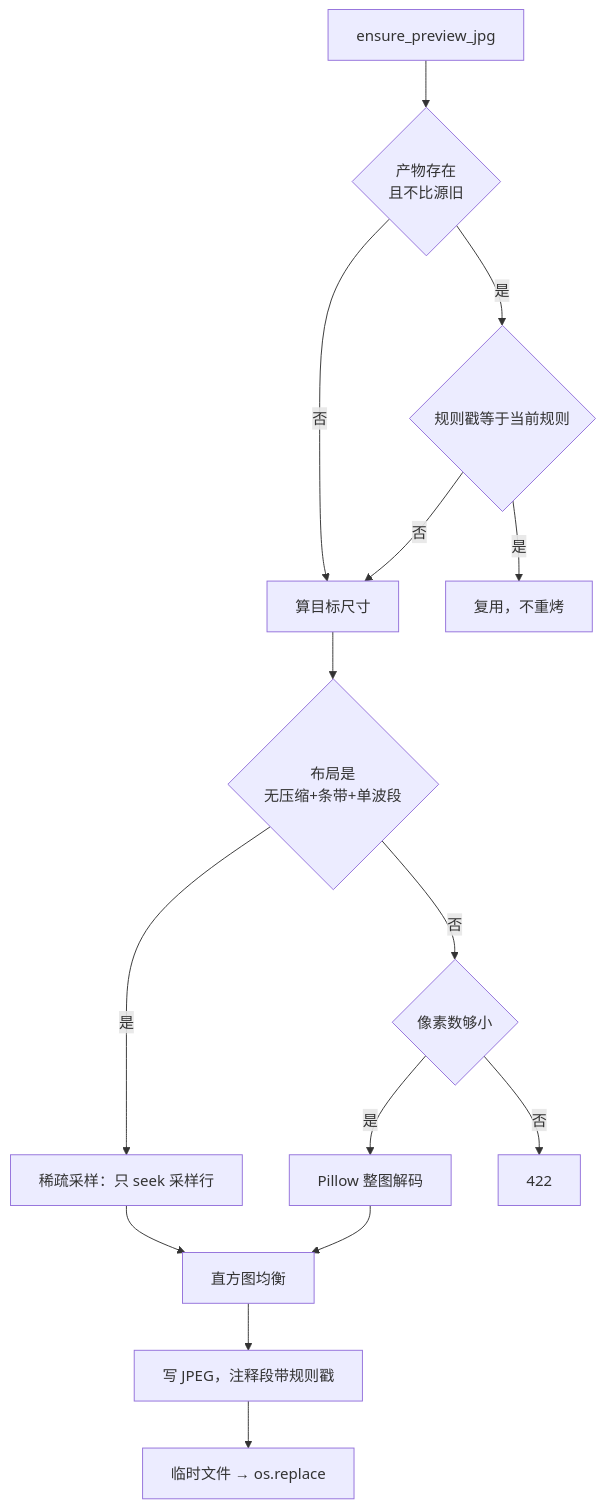
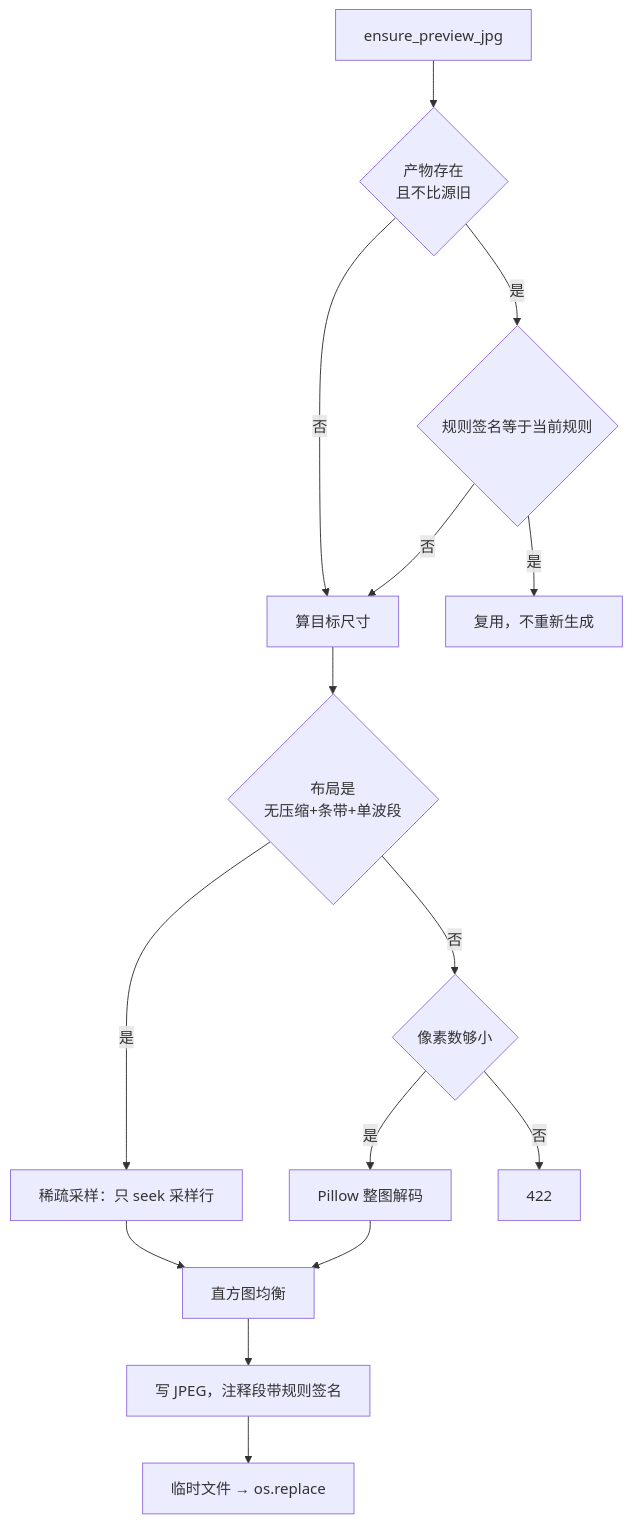
The third of 5 diagrams in docs/knowledge/io-pipeline/scene-io.md (Jason001028/sr_agent_platform), drawn with Mermaid before and after one commit. The commit also changed other lines of this file and 99 other files, not shown here.

````diff
--- a/docs/knowledge/io-pipeline/scene-io.md
+++ b/docs/knowledge/io-pipeline/scene-io.md
@@ -89,17 +89,17 @@
 ```mermaid
 flowchart TD
   S["ensure_preview_jpg"] --> M{"产物存在<br/>且不比源旧"}
   M -->|"否"| EDGE["算目标尺寸"]
-  M -->|"是"| STAMP{"规则戳等于当前规则"}
-  STAMP -->|"是"| HIT["复用，不重烤"]
+  M -->|"是"| STAMP{"规则签名等于当前规则"}
+  STAMP -->|"是"| HIT["复用，不重新生成"]
   STAMP -->|"否"| EDGE
   EDGE --> LAY{"布局是<br/>无压缩+条带+单波段"}
   LAY -->|"是"| SP["稀疏采样：只 seek 采样行"]
   LAY -->|"否"| SMALL{"像素数够小"}
   SMALL -->|"是"| PIL["Pillow 整图解码"]
   SMALL -->|"否"| E422["422"]
   SP --> EQ["直方图均衡"]
   PIL --> EQ
-  EQ --> ENC["写 JPEG，注释段带规则戳"]
+  EQ --> ENC["写 JPEG，注释段带规则签名"]
   ENC --> ATOMIC["临时文件 → os.replace"]
 ```
````
